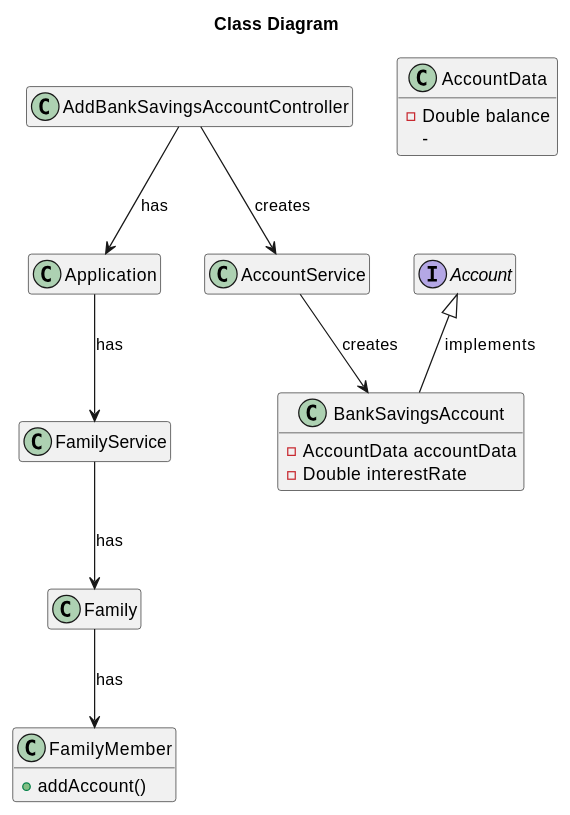
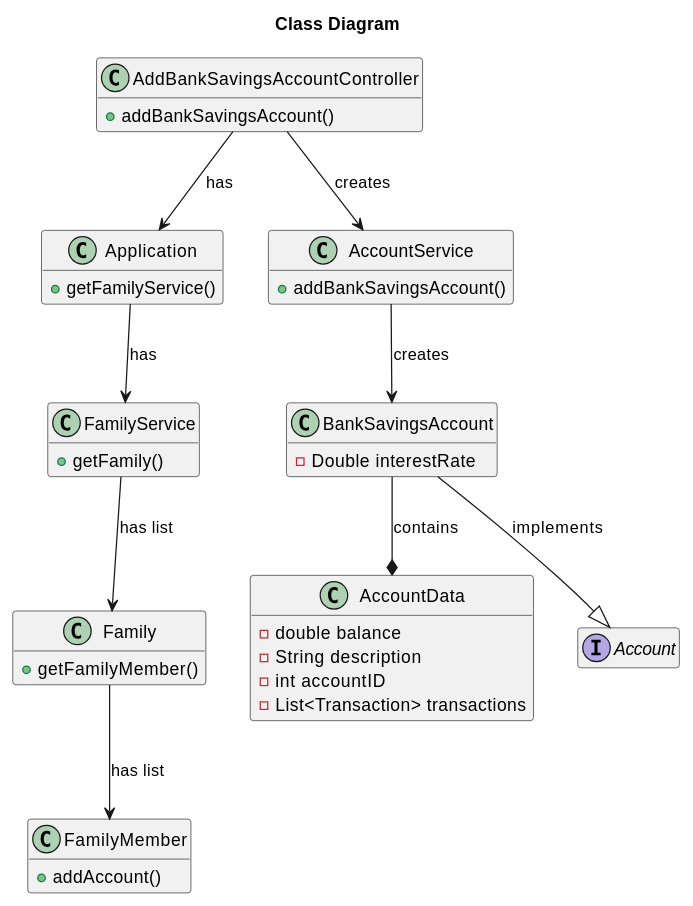
One commit to tomas-osswald/switch_2020_g3 changed the third of 3 diagrams in docs/sprint2/user_stories/US172_AddBankSavingsAccount.md. Above: the diagram before and after it, drawn with PlantUML. The commit also changed other lines of this file, not shown here.

````diff
--- a/docs/sprint2/user_stories/US172_AddBankSavingsAccount.md
+++ b/docs/sprint2/user_stories/US172_AddBankSavingsAccount.md
@@ -115,45 +148,63 @@
 ```puml
 @startuml
 
 title Class Diagram
 hide empty members
 
+class AddBankSavingsAccountController {
++ addBankSavingsAccount()
+}
+
 class BankSavingsAccount {
-- AccountData accountData
 - Double interestRate
 }
 
-class AccountData {
-- Double balance
-- 
+class Application {
++ getFamilyService()
 }
 
-
-class AddBankSavingsAccountController {
+class FamilyService {
++ getFamily()
 }
 
-class Application {}
-
-class FamilyService {}
-
-class Family {}
+class Family {
++ getFamilyMember()
+}
 
 class FamilyMember {
 + addAccount()
 }
 
 class AccountService {
++ addBankSavingsAccount()
 }
+
+class AccountData {
+- double balance
+- String description
+- int accountID
+- List<Transaction> transactions
+}
+
+
+
+
+
+
+
+
+
 
 interface Account {}
 
 AddBankSavingsAccountController --> Application : has
 Application --> FamilyService : has
 AddBankSavingsAccountController --> AccountService : creates
-FamilyService --> Family : has
-Family --> FamilyMember : has
+FamilyService --> Family : has list
+Family --> FamilyMember : has list
 AccountService --> BankSavingsAccount : creates
-Account <|-- BankSavingsAccount : implements
+BankSavingsAccount --|> Account : implements
+BankSavingsAccount --* AccountData : contains
 
 @enduml
 ```
````
